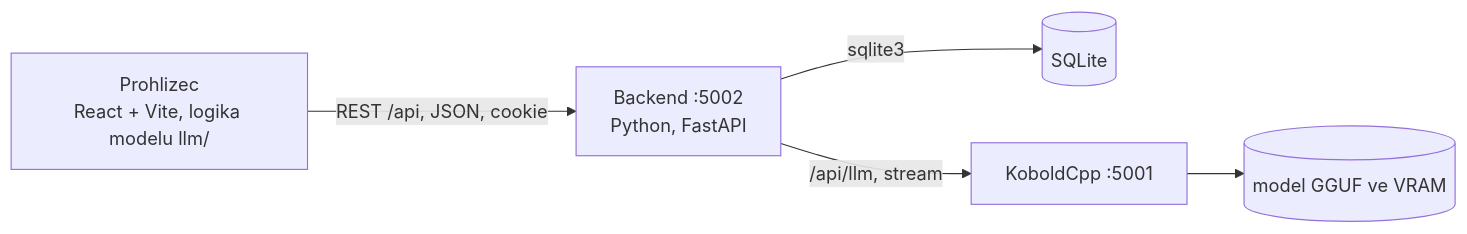
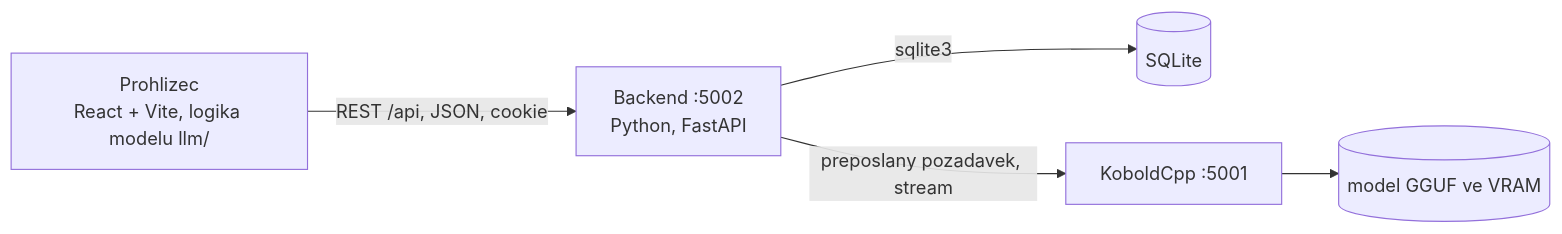
Before and after one commit to afrox26TP/DPMP2026-27-Fabula: the first of 2 diagrams in docs/02-navrh-architektury.md, drawn with Mermaid. The commit also changed other lines of this file and 6 other files, not shown here.

````diff
--- a/docs/02-navrh-architektury.md
+++ b/docs/02-navrh-architektury.md
@@ -5,12 +5,12 @@
 ```mermaid
 flowchart LR
     UI["Prohlizec<br/>React + Vite, logika modelu llm/"]
     API["Backend :5002<br/>Python, FastAPI"]
     DB[("SQLite")]
     KC["KoboldCpp :5001"]
     GPU[("model GGUF ve VRAM")]
     UI -- "REST /api, JSON, cookie" --> API
     API -- "sqlite3" --> DB
-    API -- "/api/llm, stream" --> KC
+    API -- "preposlany pozadavek, stream" --> KC
     KC --> GPU
 ```
````
